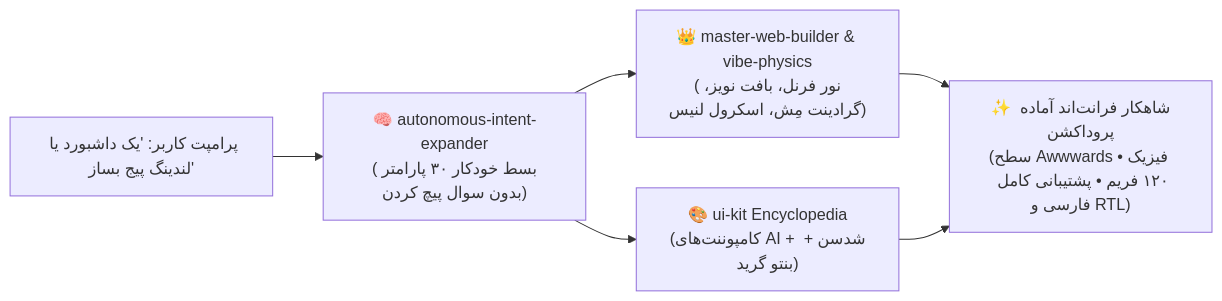
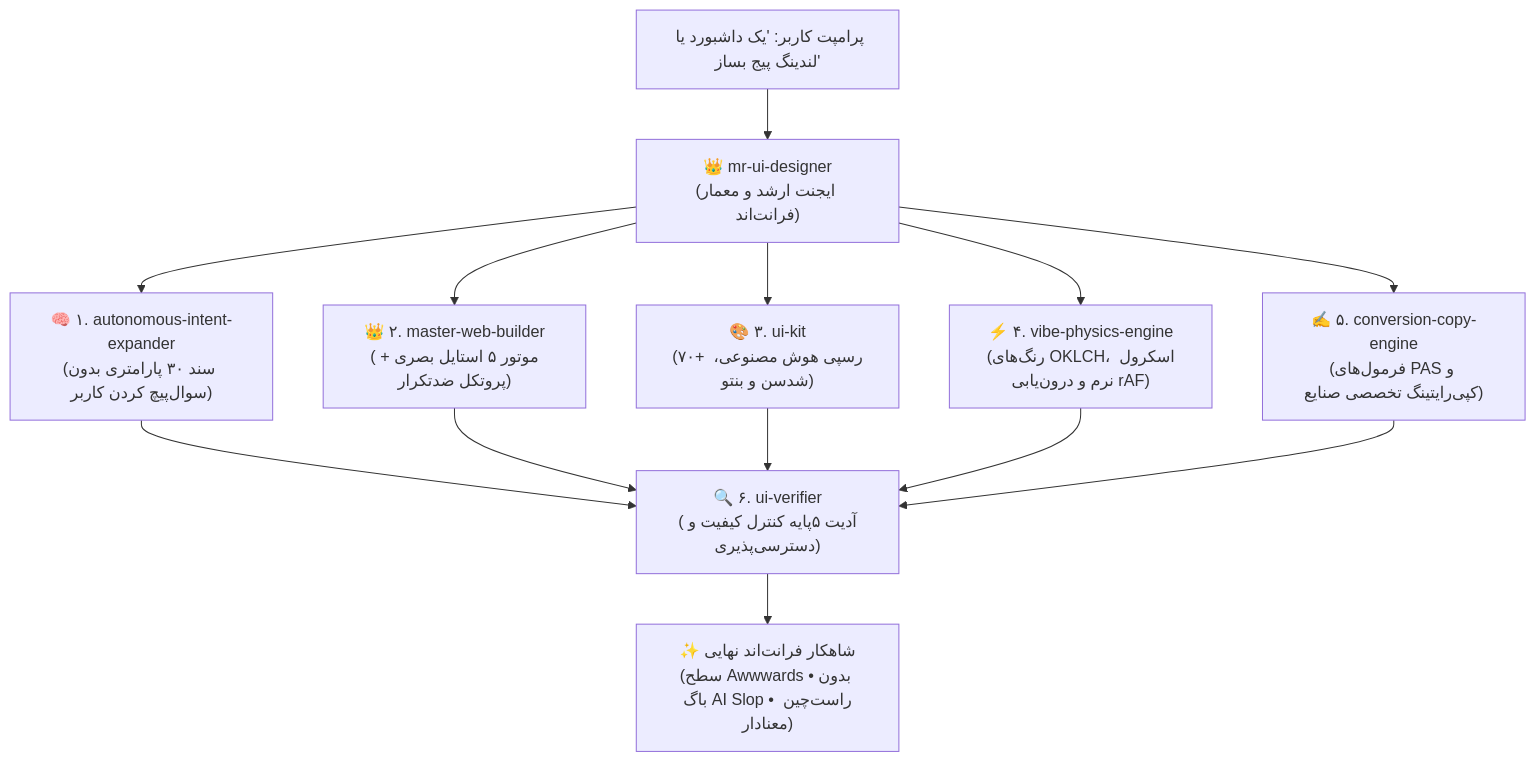
The diagram in README.fa.md (omid-io/vibe-ui-skills), drawn with Mermaid before and after one commit. The commit also changed other lines of this file and 1 other file, not shown here.

Commit message:
docs: feature mr-ui-designer as master orchestrator agent in English and Persian READMEs

````diff
--- a/README.fa.md
+++ b/README.fa.md
@@ -48,7 +48,11 @@
 ```mermaid
-flowchart LR
-    UserPrompt["پرامپت کاربر: 'یک داشبورد یا لندینگ پیج بساز'"] --> Expander["🧠 autonomous-intent-expander\n(بسط خودکار ۳۰ پارامتر بدون سوال پیچ کردن)"]
-    Expander --> VisualEngine["👑 master-web-builder & vibe-physics\n(نور فرنل، بافت نویز، گرادینت مِش، اسکرول لنیس)"]
-    Expander --> ComponentCatalog["🎨 ui-kit Encyclopedia\n(کامپوننت‌های AI + شدسن + بنتو گرید)"]
-    VisualEngine & ComponentCatalog --> Masterpiece["✨ شاهکار فرانت‌اند آماده پروداکشن\n(سطح Awwwards • فیزیک ۱۲۰ فریم • پشتیبانی کامل فارسی و RTL)"]
+flowchart TD
+    UserPrompt["پرامپت کاربر: 'یک داشبورد یا لندینگ پیج بساز'"] --> MasterAgent["👑 mr-ui-designer\n(ایجنت ارشد و معمار فرانت‌اند)"]
+    MasterAgent --> Expander["🧠 ۱. autonomous-intent-expander\n(سند ۳۰ پارامتری بدون سوال‌پیچ کردن کاربر)"]
+    MasterAgent --> VisualEngine["👑 ۲. master-web-builder\n(موتور ۵ استایل بصری + پروتکل ضدتکرار)"]
+    MasterAgent --> UIComponents["🎨 ۳. ui-kit\n(۷۰+ رسپی هوش مصنوعی، شدسن و بنتو)"]
+    MasterAgent --> Physics["⚡ ۴. vibe-physics-engine\n(رنگ‌های OKLCH، اسکرول نرم و درون‌یابی rAF)"]
+    MasterAgent --> Copy["✍️ ۵. conversion-copy-engine\n(فرمول‌های PAS و کپی‌رایتینگ تخصصی صنایع)"]
+    Expander & VisualEngine & UIComponents & Physics & Copy --> Verifier["🔍 ۶. ui-verifier\n(آدیت ۵‌پایه کنترل کیفیت و دسترسی‌پذیری)"]
+    Verifier --> Masterpiece["✨ شاهکار فرانت‌اند نهایی\n(سطح Awwwards • بدون باگ AI Slop • راست‌چین معنادار)"]
 ```
````
